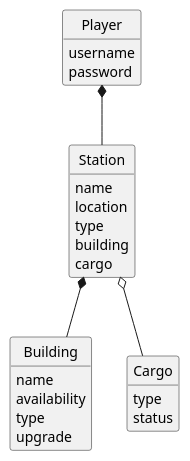
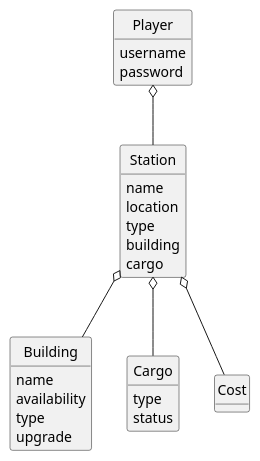
The diagram in docs/system-documentation/US007/02.analysis/puml/US007-DM.puml (goncalolopesp/sem2-pi-24.25-g093-repo), drawn with PlantUML before and after one commit. The commit also changed 3 other files, not shown here.

```diff
--- a/docs/system-documentation/US007/02.analysis/puml/US007-DM.puml
+++ b/docs/system-documentation/US007/02.analysis/puml/US007-DM.puml
@@ -1,41 +1,42 @@
 @startuml
 skinparam monochrome true
 skinparam packageStyle rectangle
 skinparam shadowing false
 skinparam classAttributeIconSize 0
 
 hide circle
 hide methods
 
 class Player {
     username
     password
     + buyTrain(carriage: Carriage, locomotive: Locomotive)
 }
 
 class Station {
     name
     location
     type
     building
     cargo
 }
 
 class Building {
     name
     availability
     type
     upgrade
 }
 
 class Cargo{
     type
     status
 }
 
-Player *-- Station
 
-Station *-- Building
 Station o-- Cargo
+Station o-- Cost
+Station o-- Building
+Player o-- Station
 
 @enduml
```
